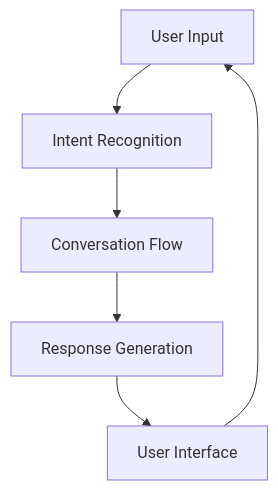
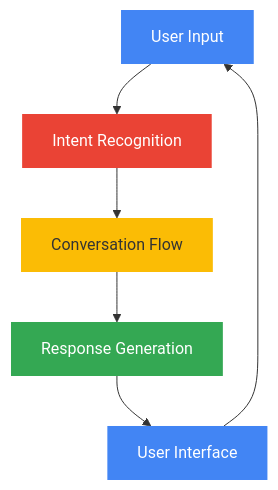
One commit to koradiaishita/herkey-chatbot changed the third of 6 diagrams in README.md. Above: the diagram before and after it, drawn with Mermaid. The commit also changed other lines of this file, not shown here.

Commit message:
Enhanced diagrams with Google brand color palette

````diff
--- a/README.md
+++ b/README.md
@@ -82,8 +95,21 @@
 ```mermaid
 graph TD
+    %% Google Brand Colors
+    classDef googleBlue fill:#4285F4,color:white,stroke:none
+    classDef googleRed fill:#EA4335,color:white,stroke:none
+    classDef googleYellow fill:#FBBC05,color:#333,stroke:none
+    classDef googleGreen fill:#34A853,color:white,stroke:none
+
     A[User Input] --> B[Intent Recognition]
     B --> C[Conversation Flow]
     C --> D[Response Generation]
     D --> E[User Interface]
     E --> A
+    
+    %% Apply Google Brand Colors
+    class A googleBlue
+    class B googleRed
+    class C googleYellow
+    class D googleGreen
+    class E googleBlue
 ```
````
